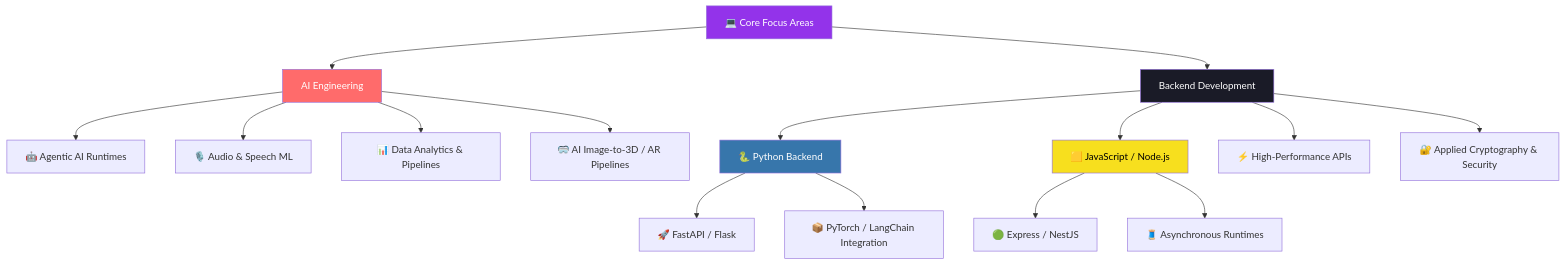
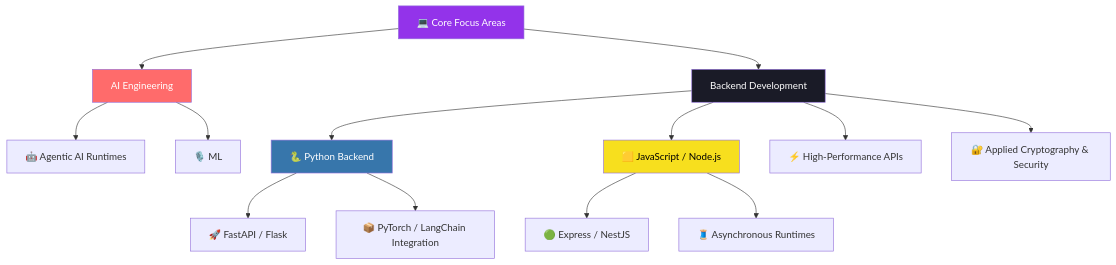
One commit to Khorzyy/Khorzyy changed the diagram in README.md. Above: the diagram before and after it, drawn with Mermaid.

Commit message:
Update AI engineering focus areas in README
Removed specific AI engineering focus areas and replaced with a general ML category.

````diff
--- a/README.md
+++ b/README.md
@@ -99,29 +99,27 @@
 ```mermaid
 graph TB
     A[💻 Core Focus Areas] --> B[AI Engineering]
     A --> C[Backend Development]
 
     B --> B1[🤖 Agentic AI Runtimes]
-    B --> B2[🎙️ Audio & Speech ML]
-    B --> B3[📊 Data Analytics & Pipelines]
-    B --> B4[🥽 AI Image-to-3D / AR Pipelines]
+    B --> B2[🎙️ ML ]
 
     C --> C1[🐍 Python Backend]
     C --> C2[🟨 JavaScript / Node.js]
     C --> C3[⚡ High-Performance APIs]
     C --> C4[🔐 Applied Cryptography & Security]
 
     C1 --> C1a[🚀 FastAPI / Flask]
     C1 --> C1b[📦 PyTorch / LangChain Integration]
     
     C2 --> C2a[🟢 Express / NestJS]
     C2 --> C2b[🧵 Asynchronous Runtimes]
 
     style A fill:#9333EA,color:#fff
     style B fill:#FF6B6B,color:#fff
     style C fill:#1A1B27,color:#fff
     style C1 fill:#3776AB,color:#fff
     style C2 fill:#F7DF1E,color:#000
 
 
 ```
````
